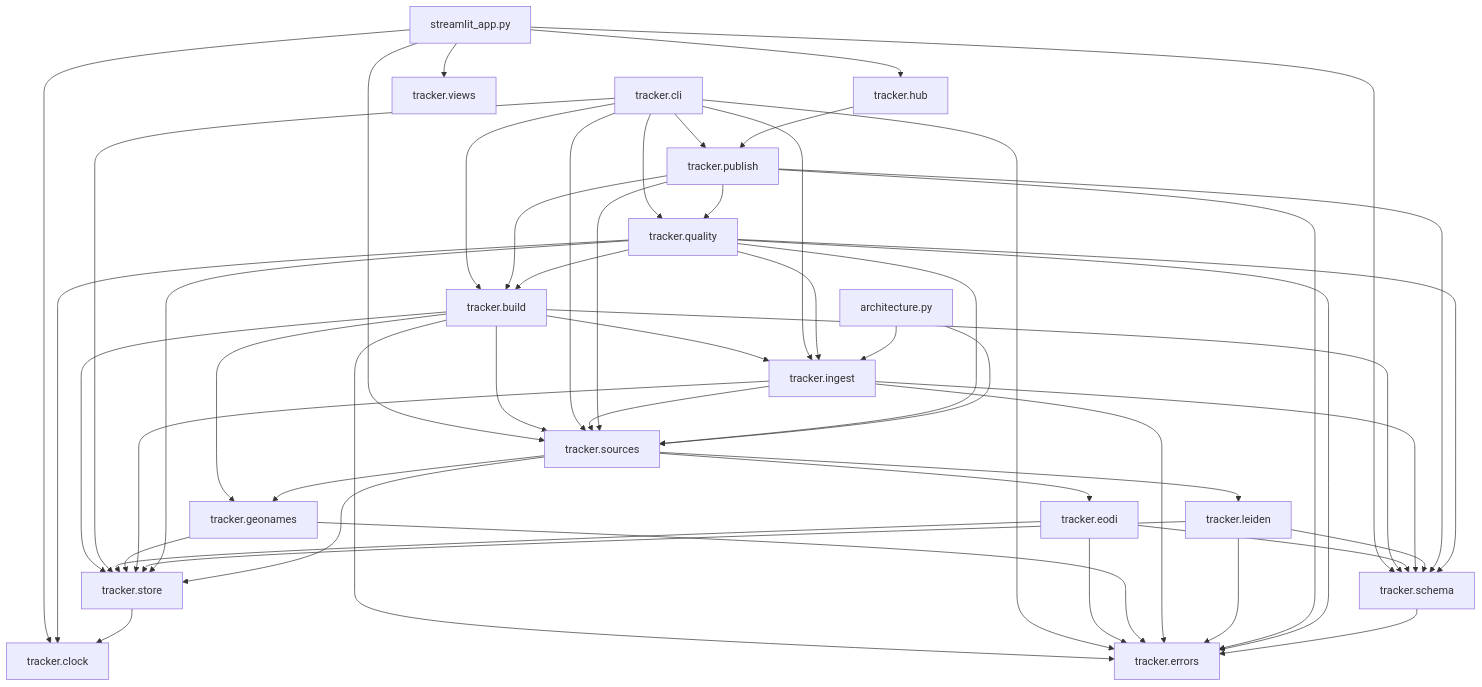
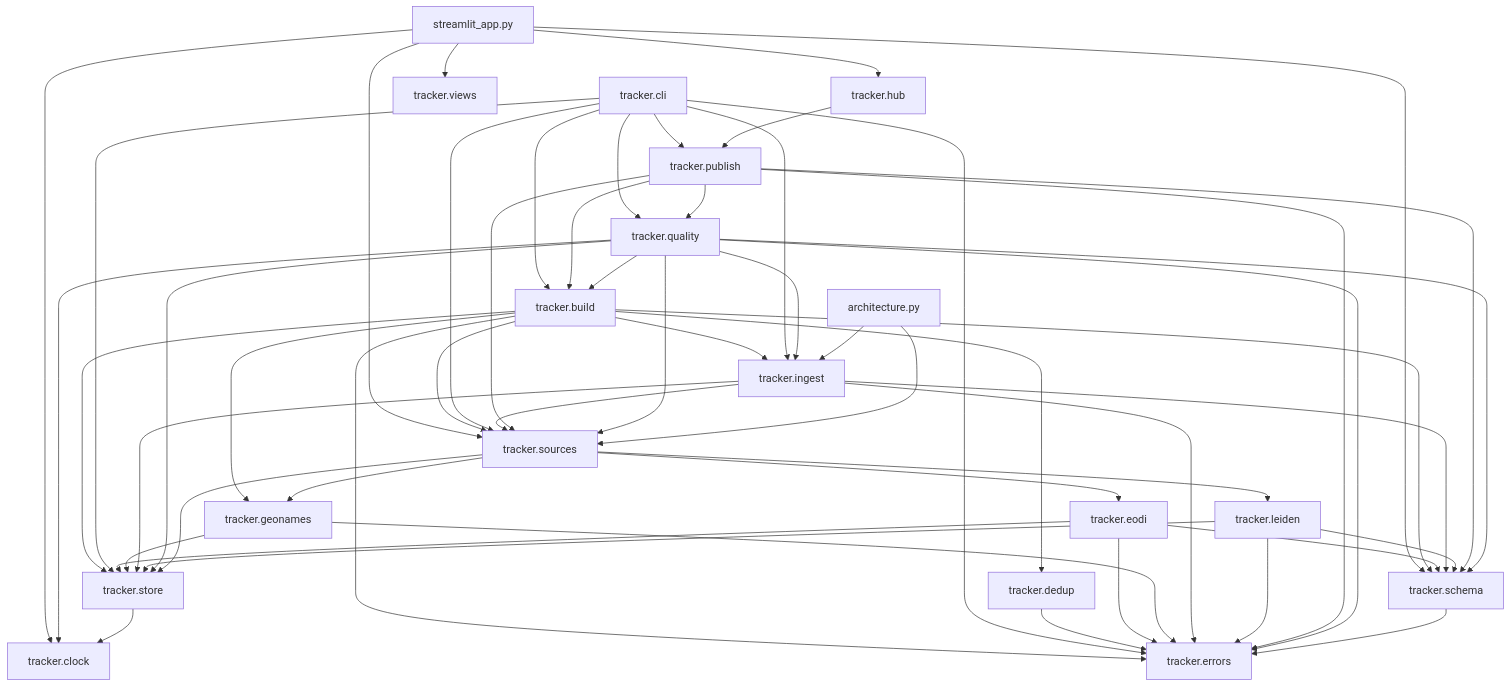
Before and after one commit to tryph0n/hybrid-tracker: the third of 3 diagrams in docs/architecture.md, drawn with Mermaid. The commit also changed other lines of this file and 25 other files, not shown here.

````diff
--- a/docs/architecture.md
+++ b/docs/architecture.md
@@ -151,71 +151,74 @@
 ```mermaid
 flowchart TB
   module_streamlit_app_py["streamlit_app.py"]
   module_tracker_build["tracker.build"]
   module_tracker_cli["tracker.cli"]
   module_tracker_clock["tracker.clock"]
+  module_tracker_dedup["tracker.dedup"]
   module_tracker_eodi["tracker.eodi"]
   module_tracker_errors["tracker.errors"]
   module_tracker_geonames["tracker.geonames"]
   module_tracker_hub["tracker.hub"]
   module_tracker_ingest["tracker.ingest"]
   module_tracker_leiden["tracker.leiden"]
   module_tracker_publish["tracker.publish"]
   module_tracker_quality["tracker.quality"]
   module_tracker_schema["tracker.schema"]
   module_tracker_sources["tracker.sources"]
   module_tracker_store["tracker.store"]
   module_tracker_views["tracker.views"]
   module_architecture_py["architecture.py"]
   module_streamlit_app_py --> module_tracker_clock
   module_streamlit_app_py --> module_tracker_hub
   module_streamlit_app_py --> module_tracker_schema
   module_streamlit_app_py --> module_tracker_sources
   module_streamlit_app_py --> module_tracker_views
+  module_tracker_build --> module_tracker_dedup
   module_tracker_build --> module_tracker_errors
   module_tracker_build --> module_tracker_geonames
   module_tracker_build --> module_tracker_ingest
   module_tracker_build --> module_tracker_schema
   module_tracker_build --> module_tracker_sources
   module_tracker_build --> module_tracker_store
   module_tracker_cli --> module_tracker_build
   module_tracker_cli --> module_tracker_errors
   module_tracker_cli --> module_tracker_ingest
   module_tracker_cli --> module_tracker_publish
   module_tracker_cli --> module_tracker_quality
   module_tracker_cli --> module_tracker_sources
   module_tracker_cli --> module_tracker_store
+  module_tracker_dedup --> module_tracker_errors
   module_tracker_eodi --> module_tracker_errors
   module_tracker_eodi --> module_tracker_schema
   module_tracker_eodi --> module_tracker_store
   module_tracker_geonames --> module_tracker_errors
   module_tracker_geonames --> module_tracker_store
   module_tracker_hub --> module_tracker_publish
   module_tracker_ingest --> module_tracker_errors
   module_tracker_ingest --> module_tracker_schema
   module_tracker_ingest --> module_tracker_sources
   module_tracker_ingest --> module_tracker_store
   module_tracker_leiden --> module_tracker_errors
   module_tracker_leiden --> module_tracker_schema
   module_tracker_leiden --> module_tracker_store
   module_tracker_publish --> module_tracker_build
   module_tracker_publish --> module_tracker_errors
   module_tracker_publish --> module_tracker_quality
   module_tracker_publish --> module_tracker_schema
   module_tracker_publish --> module_tracker_sources
   module_tracker_quality --> module_tracker_build
   module_tracker_quality --> module_tracker_clock
   module_tracker_quality --> module_tracker_errors
   module_tracker_quality --> module_tracker_ingest
   module_tracker_quality --> module_tracker_schema
   module_tracker_quality --> module_tracker_sources
   module_tracker_quality --> module_tracker_store
   module_tracker_schema --> module_tracker_errors
   module_tracker_sources --> module_tracker_eodi
   module_tracker_sources --> module_tracker_geonames
   module_tracker_sources --> module_tracker_leiden
   module_tracker_sources --> module_tracker_store
   module_tracker_store --> module_tracker_clock
   module_architecture_py --> module_tracker_ingest
   module_architecture_py --> module_tracker_sources
 ```
````
